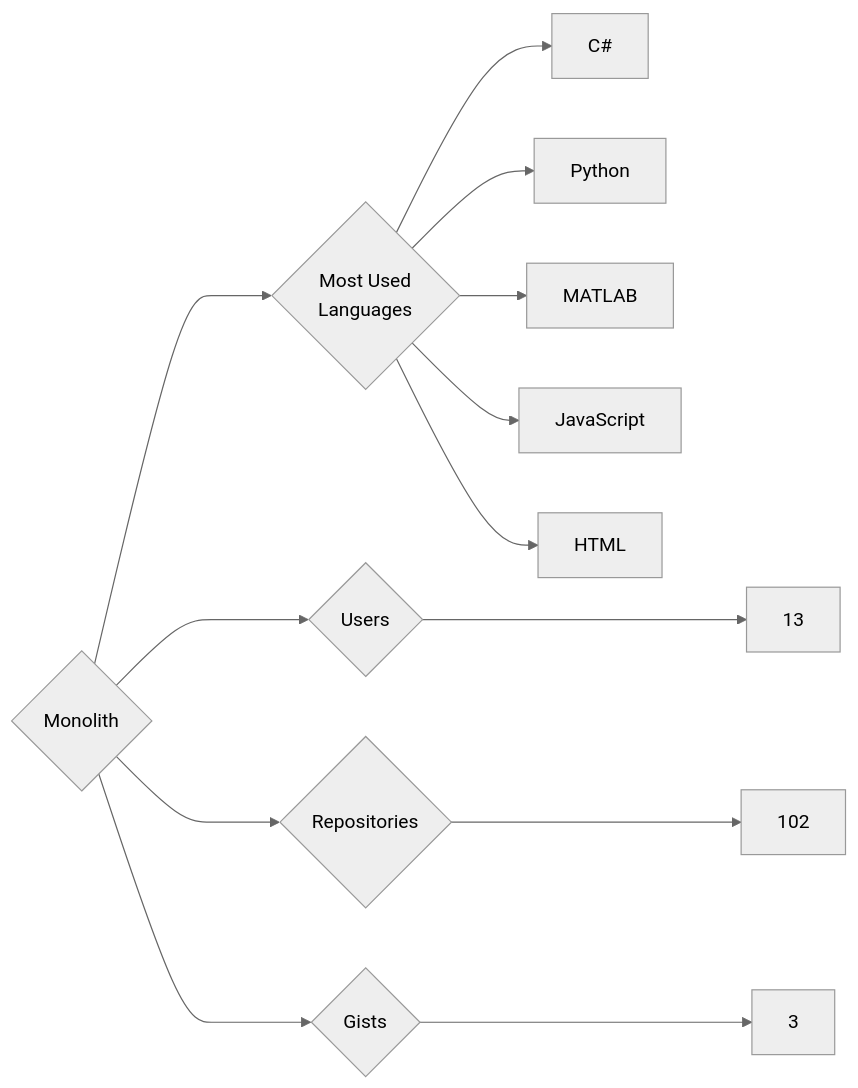
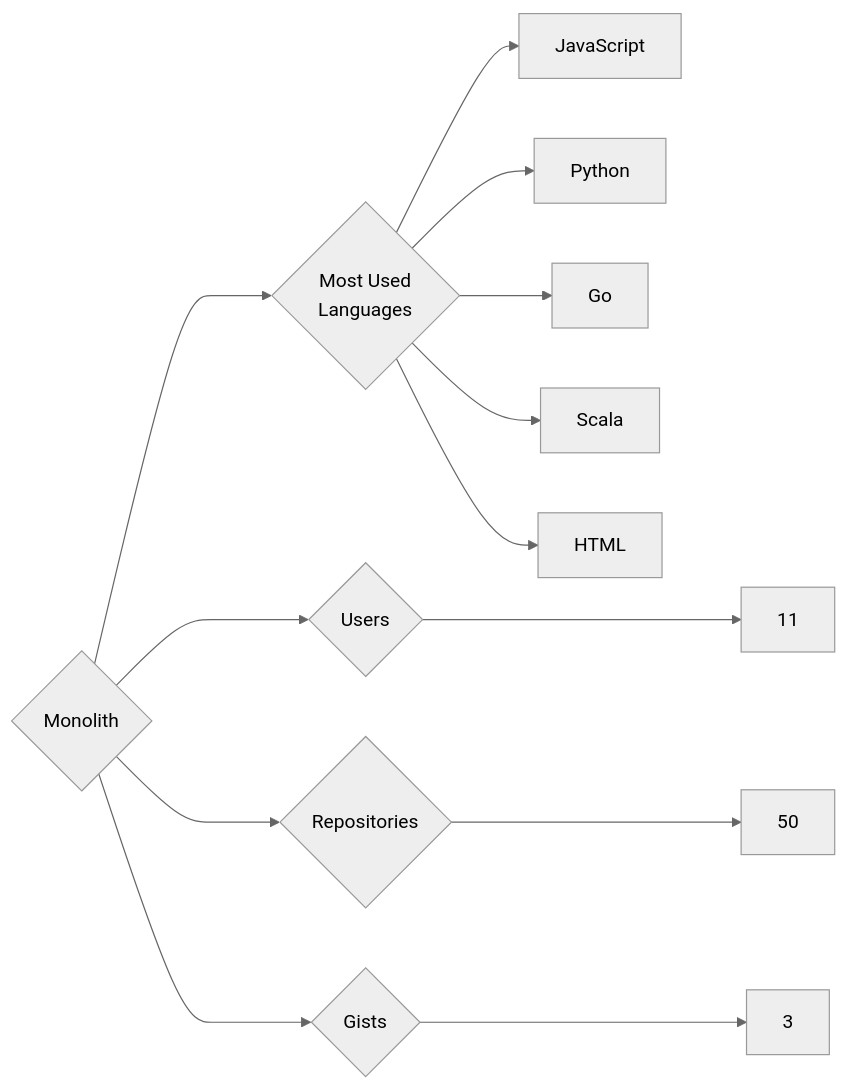
The diagram in targets/Monolith/README.md (trickest/insiders), drawn with Mermaid (neutral theme) before and after one commit. The commit also changed 878 other files, not shown here.

````diff
--- a/targets/Monolith/README.md
+++ b/targets/Monolith/README.md
@@ -3,13 +3,13 @@
 ```mermaid
 graph LR
 COMPANY_NAME{Monolith}
-COMPANY_NAME ---> U{Users} ---> UN[13]
-COMPANY_NAME ---> R{Repositories} ---> RN[102]
+COMPANY_NAME ---> U{Users} ---> UN[11]
+COMPANY_NAME ---> R{Repositories} ---> RN[50]
 COMPANY_NAME ---> G{Gists} ---> GN[3]
 COMPANY_NAME ---> ML{Most Used<br>Languages}
-ML --> C#[C#]
+ML --> JavaScript[JavaScript]
 ML --> Python[Python]
-ML --> MATLAB[MATLAB]
-ML --> JavaScript[JavaScript]
+ML --> Go[Go]
+ML --> Scala[Scala]
 ML --> HTML[HTML]
 ```
````
